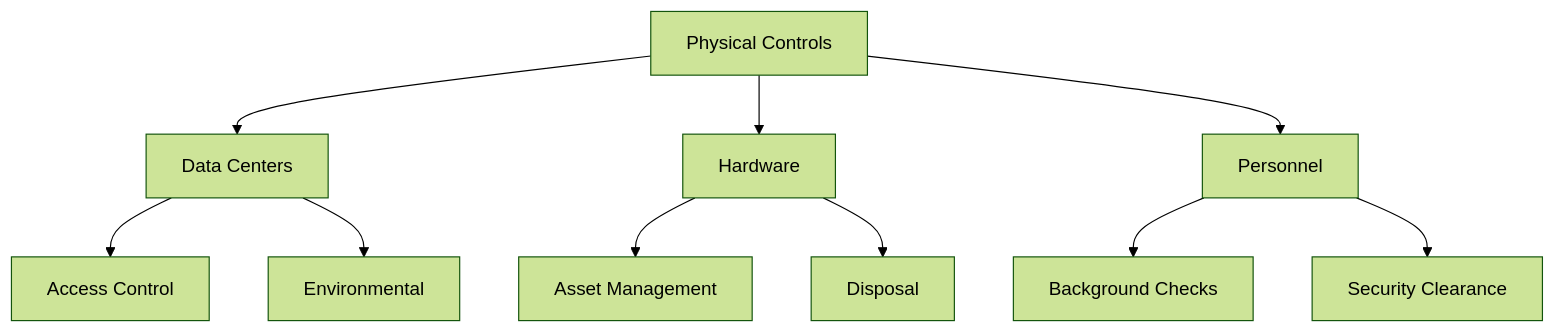
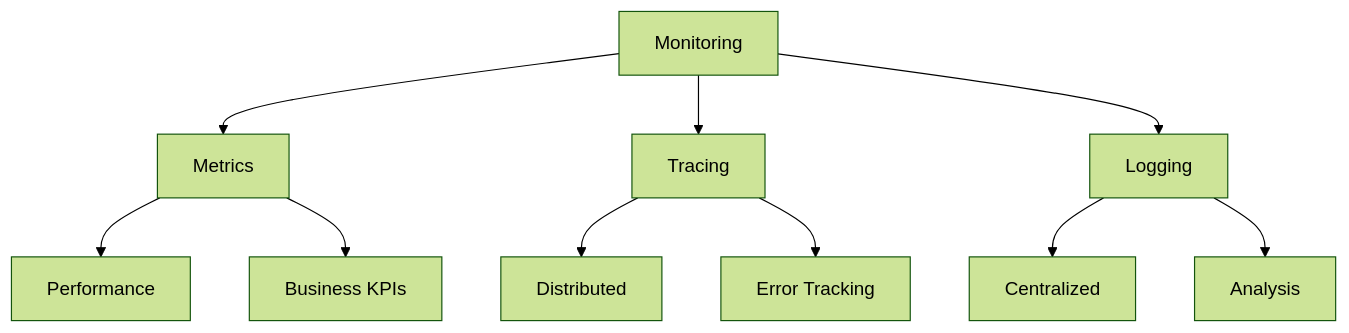
One commit to jihadajUAEU/bluemeshv2 changed diagram 11 of 11 in layers.md. Above: the diagram before and after it, drawn with Mermaid (forest theme). The commit also changed other lines of this file and 2 other files, not shown here.

````diff
--- a/layers.md
+++ b/layers.md
@@ -317,15 +315,15 @@
 ```mermaid
 graph TD
-    A[Physical Controls] --> B[Data Centers]
-    A --> C[Hardware]
-    A --> D[Personnel]
+    A[Monitoring] --> B[Metrics]
+    A --> C[Tracing]
+    A --> D[Logging]
     
-    B --> B1[Access Control]
-    B --> B2[Environmental]
+    B --> E[Performance]
+    B --> F[Business KPIs]
     
-    C --> C1[Asset Management]
-    C --> C2[Disposal]
+    C --> G[Distributed]
+    C --> H[Error Tracking]
     
-    D --> D1[Background Checks]
-    D --> D2[Security Clearance]
+    D --> I[Centralized]
+    D --> J[Analysis]
 ```
````
